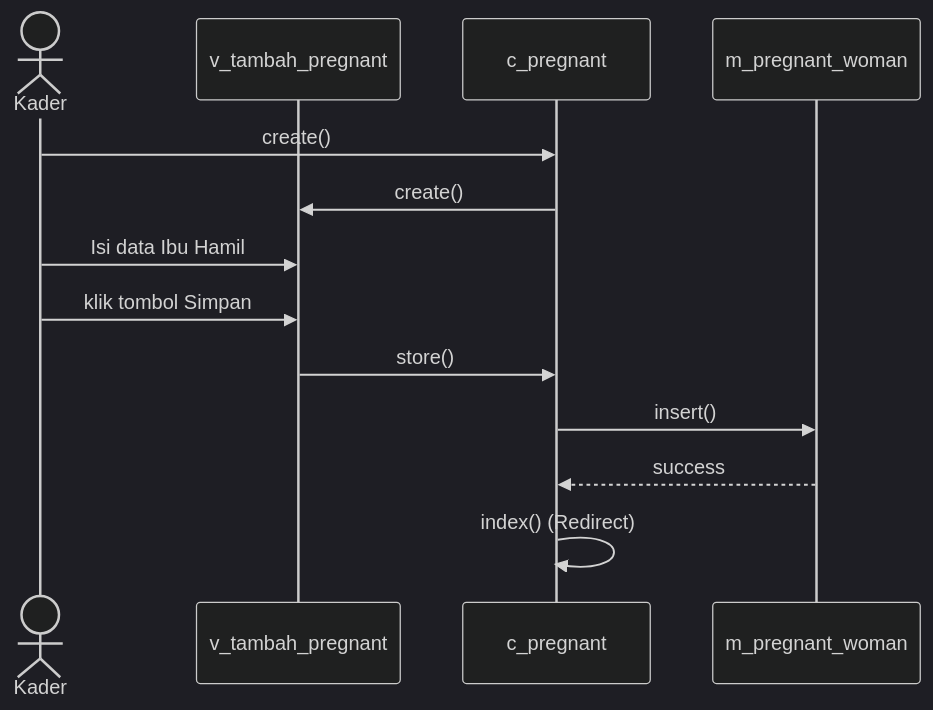
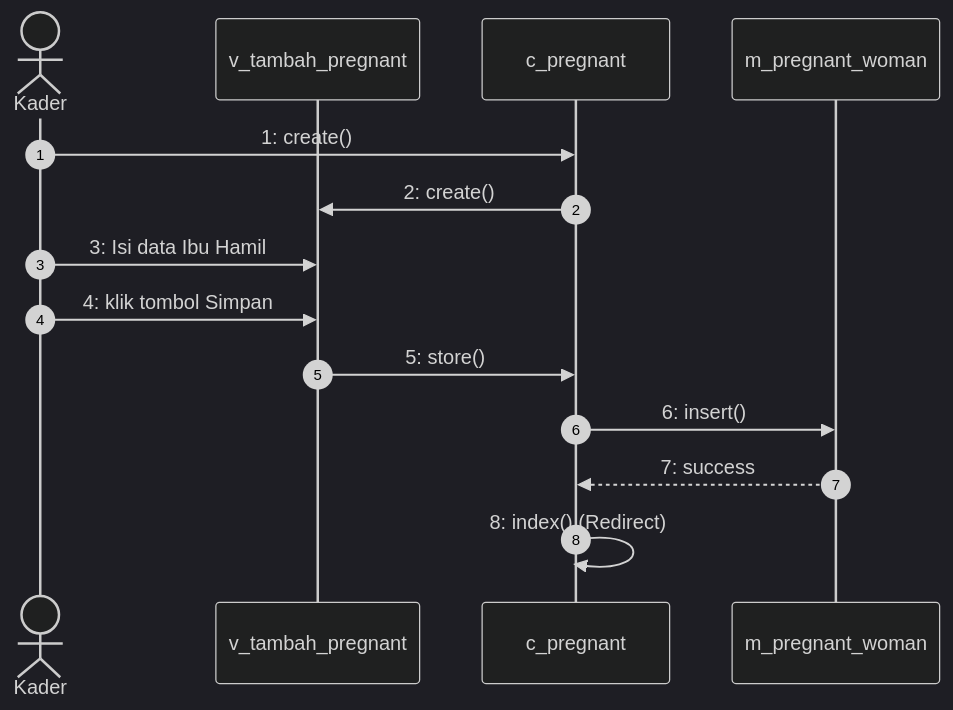
Before and after one commit to ahmadsanny2/posyandu-app: diagram 11 of 16 in plan-diagram.md, drawn with Mermaid (dark theme). The commit also changed other lines of this file, not shown here.

Commit message:
docs: add sequence diagram autonumbering and manual labels

````diff
--- a/plan-diagram.md
+++ b/plan-diagram.md
@@ -507,16 +511,17 @@
 ```mermaid
 sequenceDiagram
+    autonumber
     actor Kader as Kader
     participant Boundary as v_tambah_pregnant
     participant Control as c_pregnant
     participant Entity as m_pregnant_woman
 
-    Kader->>Control: create()
-    Control->>Boundary: create()
-    Kader->>Boundary: Isi data Ibu Hamil
-    Kader->>Boundary: klik tombol Simpan
-    Boundary->>Control: store()
-    Control->>Entity: insert()
-    Entity-->>Control: success
-    Control->>Control: index() (Redirect)
+    Kader->>Control: 1: create()
+    Control->>Boundary: 2: create()
+    Kader->>Boundary: 3: Isi data Ibu Hamil
+    Kader->>Boundary: 4: klik tombol Simpan
+    Boundary->>Control: 5: store()
+    Control->>Entity: 6: insert()
+    Entity-->>Control: 7: success
+    Control->>Control: 8: index() (Redirect)
 ```
````
